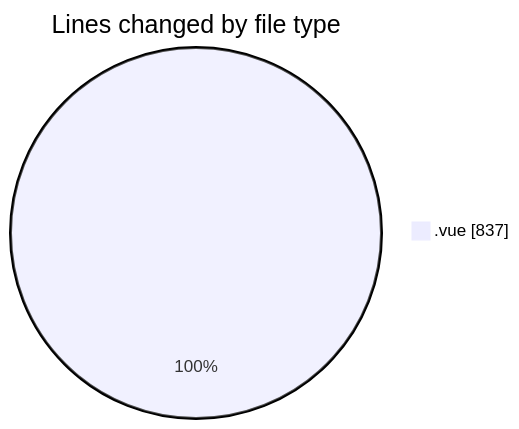
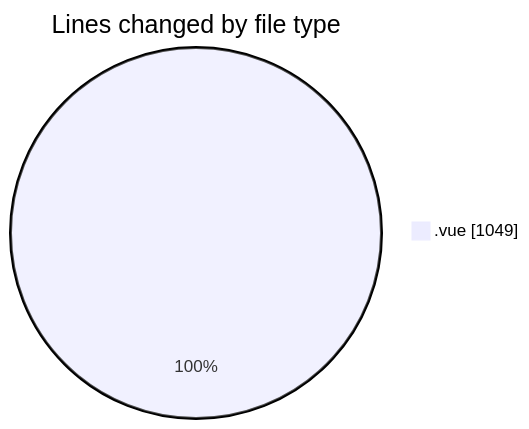
The first of 2 diagrams in 2025-08-14/rentotp/README.md (lephambinh05/code-tracking), drawn with Mermaid before and after one commit. The commit also changed other lines of this file and 1 other file, not shown here.

````diff
--- a/2025-08-14/rentotp/README.md
+++ b/2025-08-14/rentotp/README.md
@@ -20,5 +20,5 @@
 ```mermaid
 pie showData
 title Lines changed by file type
-".vue" : 837
+".vue" : 1049
 ```
````
